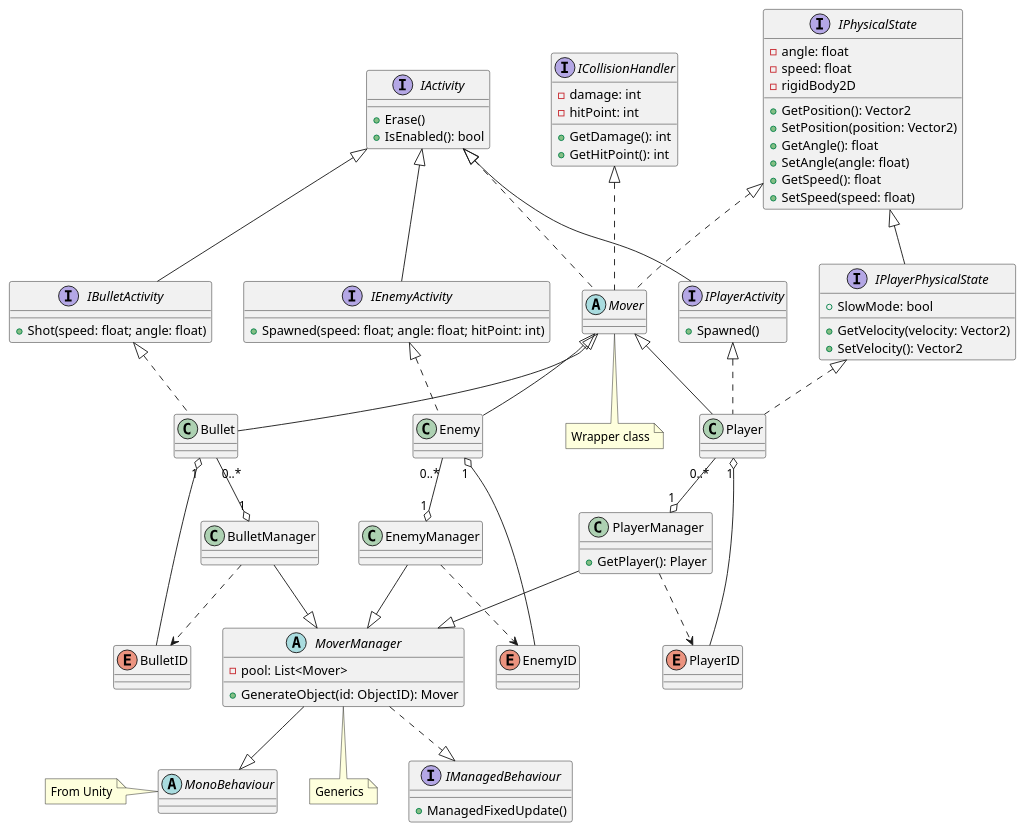
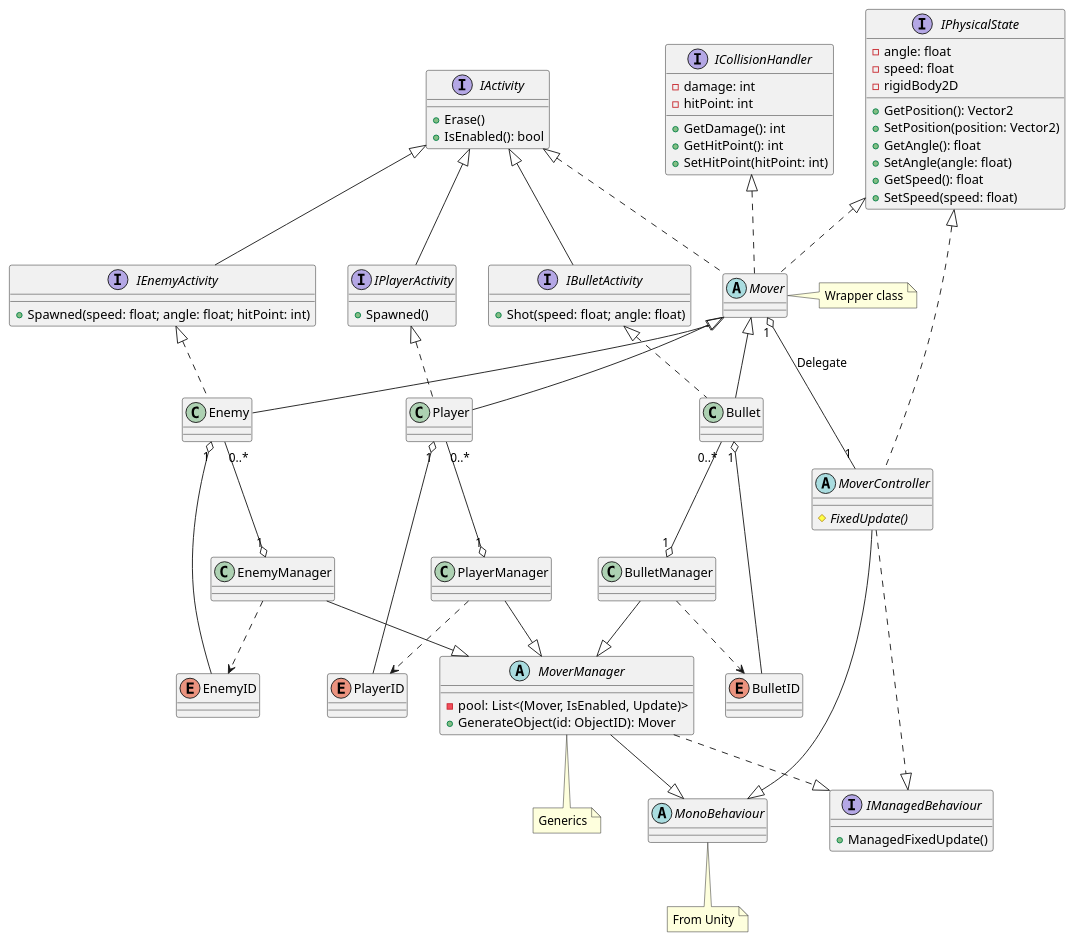
The diagram in docs/manager_classes.pu (Wandao123/shmup_like_touhou), drawn with PlantUML before and after one commit. The commit also changed 4 other files, not shown here.

```diff
--- a/docs/manager_classes.pu
+++ b/docs/manager_classes.pu
@@ -1,138 +1,129 @@
 @startuml ManagerClasses
 interface IActivity {
     +Erase()
     +IsEnabled(): bool
 }
 
 interface IBulletActivity {
     +Shot(speed: float; angle: float)
 }
 
 interface IEnemyActivity {
     +Spawned(speed: float; angle: float; hitPoint: int)
 }
 
 interface IPlayerActivity {
     +Spawned()
 }
 
 IActivity <|-- IBulletActivity
 IActivity <|-- IEnemyActivity
 IActivity <|-- IPlayerActivity
 
 abstract MoverManager {
-    -pool: List<Mover>
+    -pool: List<(Mover, IsEnabled, Update)>
     +GenerateObject(id: ObjectID): Mover
 }
 note bottom of MoverManager
     Generics
 end note
 
 enum BulletID
 class BulletManager
 class Bullet
 
 BulletManager ..> BulletID
 BulletManager --|> MoverManager
 Bullet "0..*" --o "1" BulletManager
 IBulletActivity <|.. Bullet
 Bullet "1" o-- BulletID
 
 enum EnemyID
 class EnemyManager
 class Enemy
 
 EnemyManager ..> EnemyID
 EnemyManager --|> MoverManager
 Enemy "0..*" --o "1" EnemyManager
 IEnemyActivity <|.. Enemy
 Enemy "1" o-- EnemyID
 
-interface IPlayerPhysicalState {
-    +SlowMode: bool
-    +GetVelocity(velocity: Vector2)
-    +SetVelocity(): Vector2
-}
-
-IPhysicalState <|-- IPlayerPhysicalState
-
 enum PlayerID
 
-class PlayerManager {
-    +GetPlayer(): Player
-}
+class PlayerManager
 
 class Player
 
 PlayerManager ..> PlayerID
 PlayerManager --|> MoverManager
 Player "0..*" --o "1" PlayerManager
 IPlayerActivity <|.. Player
-IPlayerPhysicalState <|.. Player
 Player "1" o-- PlayerID
 
 interface ICollisionHandler {
     -damage: int
     -hitPoint: int
     +GetDamage(): int
     +GetHitPoint(): int
+    +SetHitPoint(hitPoint: int)
 }
 
 interface IPhysicalState {
     -angle: float
     -speed: float
     -rigidBody2D
     +GetPosition(): Vector2
     +SetPosition(position: Vector2)
     +GetAngle(): float
     +SetAngle(angle: float)
     +GetSpeed(): float
     +SetSpeed(speed: float)
 }
 
 abstract Mover
-note bottom of Mover
+note right of Mover
     Wrapper class
 end note
 
 IActivity <|.. Mover
 ICollisionHandler <|.. Mover
 IPhysicalState <|.. Mover
 Mover <|-- Bullet
 Mover <|-- Enemy
 Mover <|-- Player
 
 interface IManagedBehaviour {
     +ManagedFixedUpdate()
 }
 
 abstract MonoBehaviour
-note left of MonoBehaviour
+note bottom of MonoBehaviour
     From Unity
 end note
 
 MoverManager ..|> IManagedBehaviour
 MoverManager --|> MonoBehaviour
+
+abstract MoverController {
+    #{abstract} FixedUpdate()
+}
+
+IPhysicalState <|.. MoverController
+Mover "1" o-- "1" MoverController : Delegate
+MoverController ..|> IManagedBehaviour
+MoverController --|> MonoBehaviour
 
 /'class Activity {
     +Spawned()
 }
 
 Activity ..|> IActivity
 Activity "1" --o "1" Mover
 
 abstract CollisionHandler {
     #{abstract} OnTriggerEnter2D(other)
 }
 
 CollisionHandler ..|> ICollisionHandler
-CollisionHandler "1" --o "1" Mover
-
-abstract MoverController {
-    #{abstract} FixedUpdate()
-}
-
-MoverController ..|> IPhysicalState
-MoverController "1" --o "1" Mover
-MoverController ..|> IManagedBehaviour'/
+CollisionHandler "1" --o "1" Mover'/
 @enduml
```
